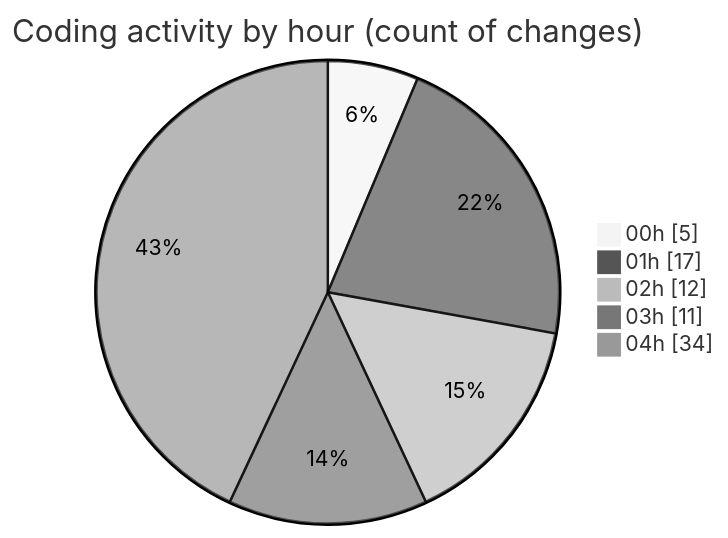
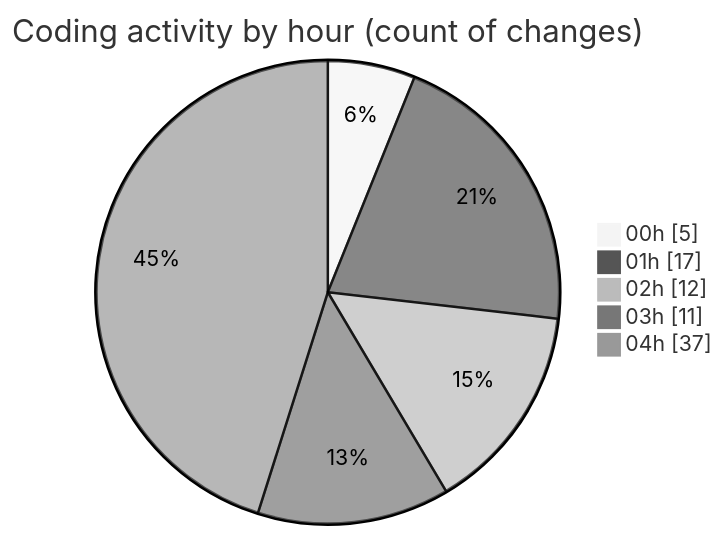
The second of 2 diagrams in 2025-08-04/tw-server/README.md (EIIisD/code-tracking), drawn with Mermaid (neutral theme) before and after one commit. The commit also changed other lines of this file and 1 other file, not shown here.

````diff
--- a/2025-08-04/tw-server/README.md
+++ b/2025-08-04/tw-server/README.md
@@ -38,9 +38,9 @@
 ```mermaid
 pie showData
 title Coding activity by hour (count of changes)
 "00h" : 5
 "01h" : 17
 "02h" : 12
 "03h" : 11
-"04h" : 34
+"04h" : 37
 ```
````
